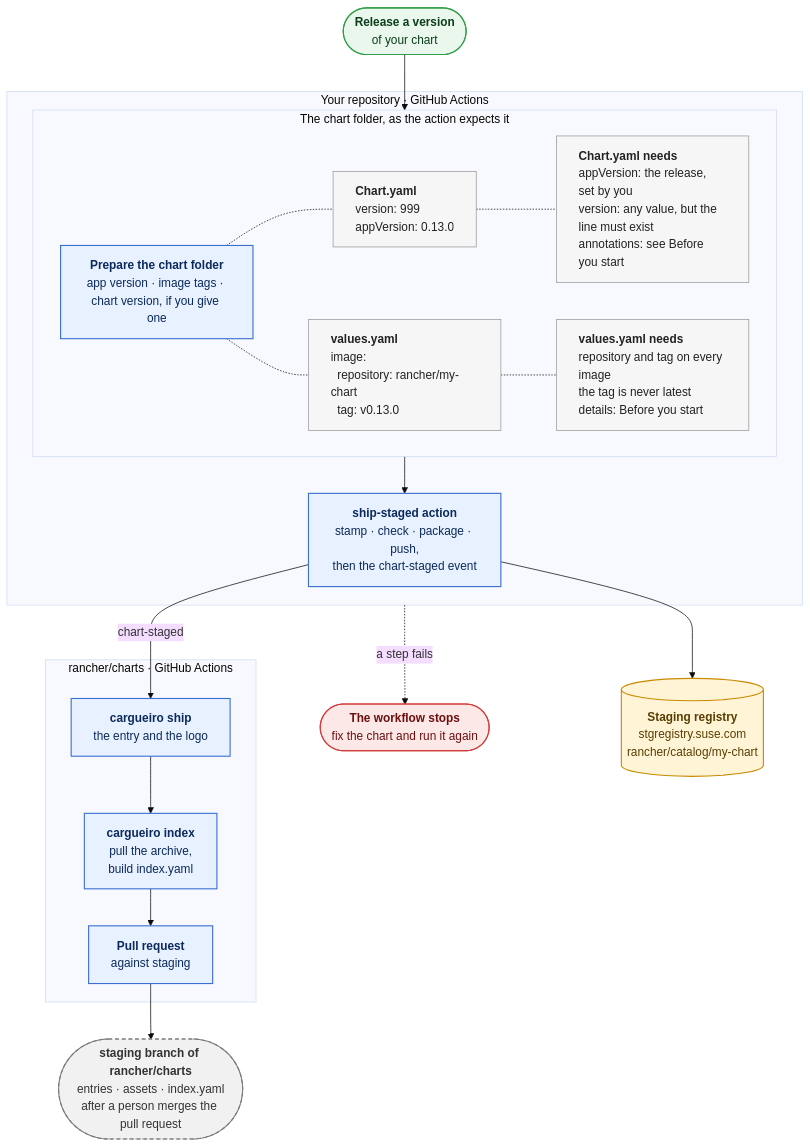
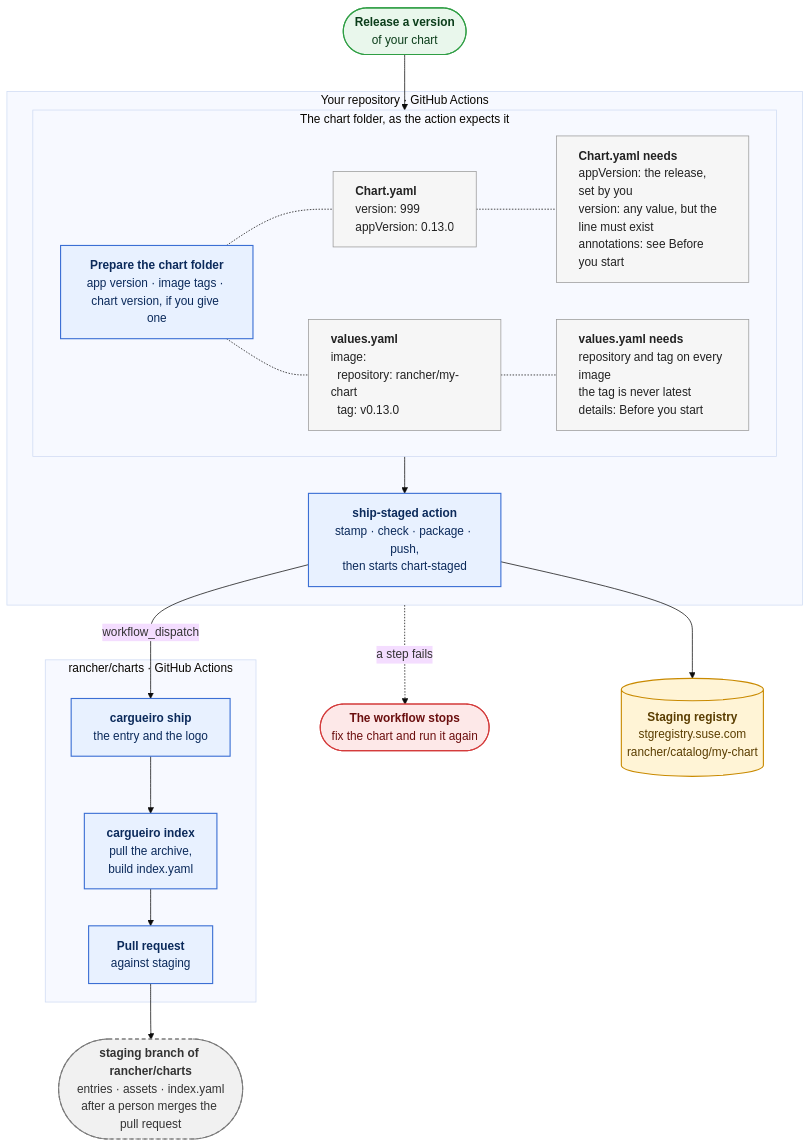
One commit to nicholasSUSE/cargueiro changed the diagram in docs/CHART_OWNER.md. Above: the diagram before and after it, drawn with Mermaid (base theme). The commit also changed other lines of this file, not shown here.

First line of the commit message:
docs(owner): document the chart-owners branch and the chart-staged token (#85)

````diff
--- a/docs/CHART_OWNER.md
+++ b/docs/CHART_OWNER.md
@@ -119,52 +132,52 @@
 ```mermaid
 flowchart TD
     start(["<b>Release a version</b><br/>of your chart"])
 
     subgraph owner["Your repository · GitHub Actions"]
         subgraph prep["The chart folder, as the action expects it"]
             direction LR
             prepare["<b>Prepare the chart folder</b><br/>app version · image tags · chart version, if you give one"]
             chartFile["<b>Chart.yaml</b><br/>version: 999<br/>appVersion: 0.13.0"]
             valuesFile["<b>values.yaml</b><br/>image:<br/>&nbsp;&nbsp;repository: rancher/my-chart<br/>&nbsp;&nbsp;tag: v0.13.0"]
             chartRules["<b>Chart.yaml needs</b><br/>appVersion: the release, set by you<br/>version: any value, but the line must exist<br/>annotations: see Before you start"]
             prepare -.- chartFile
             chartFile -.- chartRules
             valuesRules["<b>values.yaml needs</b><br/>repository and tag on every image<br/>the tag is never latest<br/>details: Before you start"]
             prepare -.- valuesFile
             valuesFile -.- valuesRules
         end
-        action["<b>ship-staged action</b><br/>stamp · check · package · push,<br/>then the chart-staged event"]
+        action["<b>ship-staged action</b><br/>stamp · check · package · push,<br/>then starts chart-staged"]
         prep --> action
     end
 
     failed(["<b>The workflow stops</b><br/>fix the chart and run it again"])
     registry[("<b>Staging registry</b><br/>stgregistry.suse.com<br/>rancher/catalog/my-chart")]
 
     subgraph charts["rancher/charts · GitHub Actions"]
         ship["<b>cargueiro ship</b><br/>the entry and the logo"]
         index["<b>cargueiro index</b><br/>pull the archive,<br/>build index.yaml"]
         pr["<b>Pull request</b><br/>against staging"]
         ship --> index --> pr
     end
 
     staging(["<b>staging branch of rancher/charts</b><br/>entries · assets · index.yaml<br/>after a person merges the pull request"])
 
     start --> prep
     owner -. "a step fails" .-> failed
     action --> registry
-    action -- "chart-staged" --> ship
+    action -- "workflow_dispatch" --> ship
     pr --> staging
 
     classDef cmd fill:#e8f1ff,stroke:#3b6fd4,stroke-width:1.5px,color:#0b2a5b
     classDef store fill:#fff4d6,stroke:#c98a00,stroke-width:1.5px,color:#5a3d00
     classDef stop fill:#fde8e8,stroke:#d43b3b,stroke-width:1.5px,color:#6b0f0f
     classDef todo fill:#f1f1f1,stroke:#7a7a7a,stroke-width:1.5px,stroke-dasharray:5 4,color:#333
     classDef begin fill:#e9f7ec,stroke:#2f9e44,stroke-width:1.5px,color:#0b3d1a
     classDef file fill:#f6f6f6,stroke:#999,stroke-width:1px,color:#222,text-align:left
     class prepare,action,ship,index,pr cmd
     class chartFile,chartRules,valuesFile,valuesRules file
     class registry store
     class failed stop
     class staging todo
     class start begin
 ```
````
